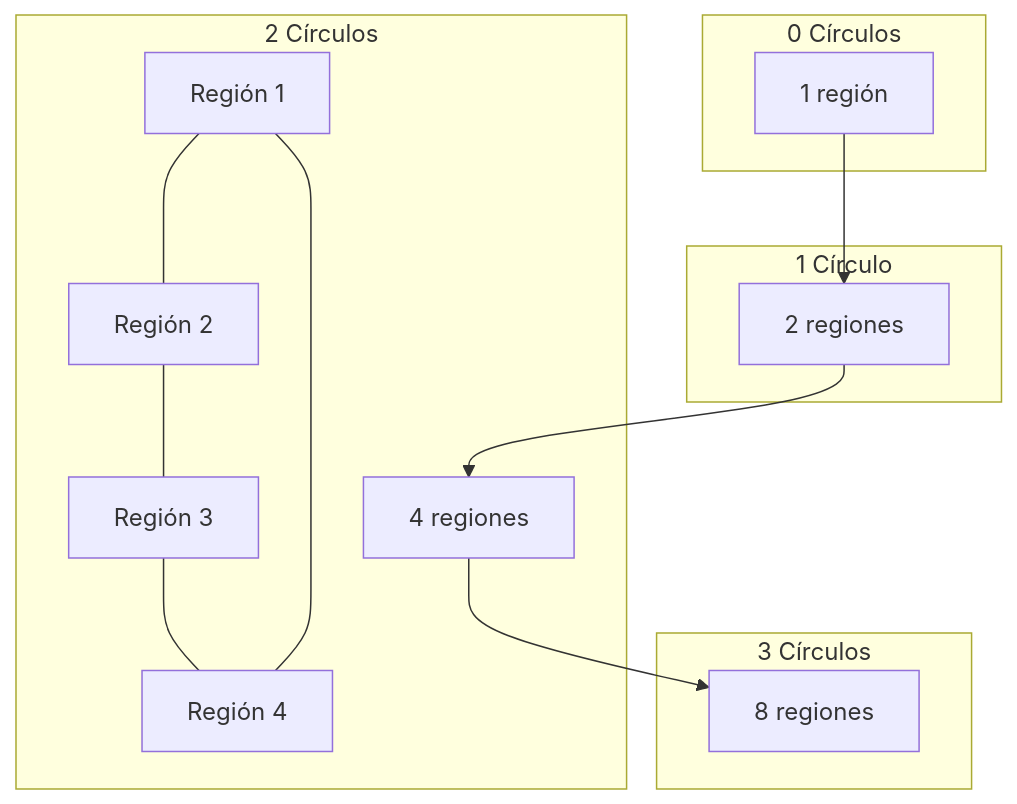
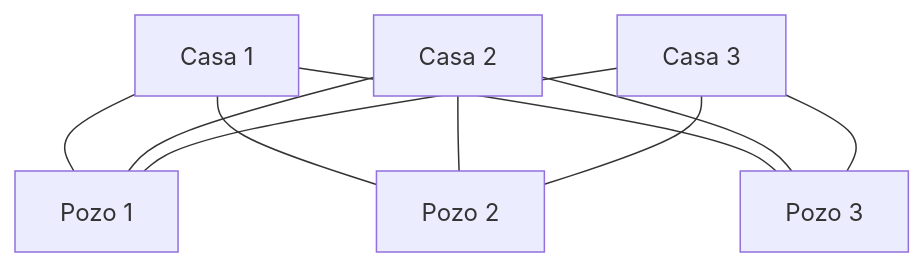
Before and after one commit to djaimej/computer-science-template: the diagram in public/documents/semester-2/3/2371.md, drawn with Mermaid. The commit also changed other lines of this file and 38 other files, not shown here.

````diff
--- a/public/documents/semester-2/3/2371.md
+++ b/public/documents/semester-2/3/2371.md
@@ -51,33 +15,12 @@
 ```mermaid
 graph TD
-    subgraph 0 Círculos
-        R0[1 región]
-    end
-
-    subgraph 1 Círculo
-        R1[2 regiones]
-        R1:::lazuli
-    end
-
-    subgraph 2 Círculos
-        R2A[4 regiones]
-        R2B[Región 1]
-        R2C[Región 2]
-        R2D[Región 3]
-        R2E[Región 4]
-
-        R2B --- R2C
-        R2C --- R2D
-        R2D --- R2E
-        R2E --- R2B
-    end
-
-    subgraph 3 Círculos
-        R3[8 regiones]
-        R3:::razzmatazz
-    end
-
-    R0 --> R1
-    R1 --> R2A
-    R2A --> R3
+    C1[Casa 1] --- P1[Pozo 1]
+    C1 --- P2[Pozo 2]
+    C1 --- P3[Pozo 3]
+    C2[Casa 2] --- P1
+    C2 --- P2
+    C2 --- P3
+    C3[Casa 3] --- P1
+    C3 --- P2
+    C3 --- P3
 ```
````
